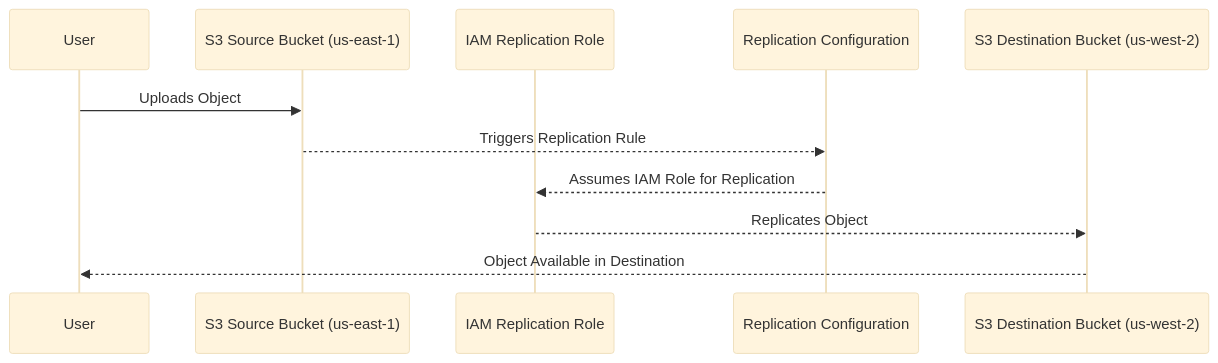
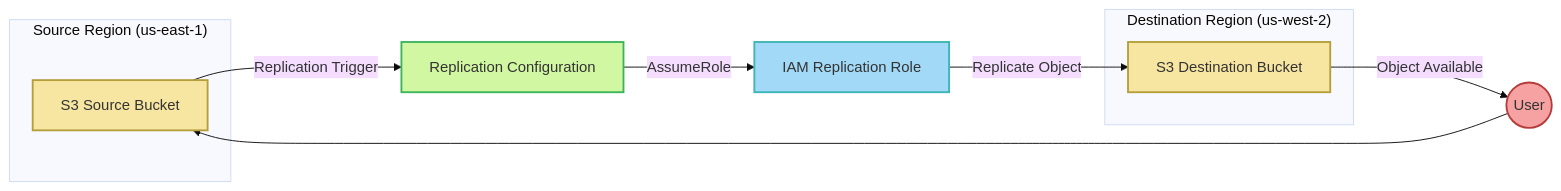
Before and after one commit to Chetan2098/S3-Cross-Region-Replication: the diagram in diagrams/architecture.md, drawn with Mermaid (base theme).

Commit message:
checking diagram

````diff
--- a/diagrams/architecture.md
+++ b/diagrams/architecture.md
@@ -1,16 +1,24 @@
 ```mermaid
-%% S3 Cross-Region Replication Animated Diagram
+%% S3 Cross-Region Replication Diagram with Color
 
-sequenceDiagram
-    participant User
-    participant SourceBucket as S3 Source Bucket (us-east-1)
-    participant IAMRole as IAM Replication Role
-    participant ReplicationConfig as Replication Configuration
-    participant DestinationBucket as S3 Destination Bucket (us-west-2)
+flowchart LR
+    subgraph Source["Source Region (us-east-1)"]
+        A[S3 Source Bucket]:::bucket
+    end
+    subgraph Dest["Destination Region (us-west-2)"]
+        B[S3 Destination Bucket]:::bucket
+    end
+    IAM[IAM Replication Role]:::role
+    RepConfig[Replication Configuration]:::config
 
-    User->>SourceBucket: Uploads Object
-    SourceBucket-->>ReplicationConfig: Triggers Replication Rule
-    ReplicationConfig-->>IAMRole: Assumes IAM Role for Replication
-    IAMRole-->>DestinationBucket: Replicates Object
-    DestinationBucket-->>User: Object Available in Destination
+    User((User)):::user --> A
+    A -- "Replication Trigger" --> RepConfig
+    RepConfig -- "AssumeRole" --> IAM
+    IAM -- "Replicate Object" --> B
+    B -- "Object Available" --> User
+
+    classDef bucket fill:#f7e6a2,stroke:#b59f3b,stroke-width:2px;
+    classDef role fill:#a2d9f7,stroke:#3bb5b5,stroke-width:2px;
+    classDef config fill:#d1f7a2,stroke:#3bb55b,stroke-width:2px;
+    classDef user fill:#f7a2a2,stroke:#b53b3b,stroke-width:2px;
 ```
````
